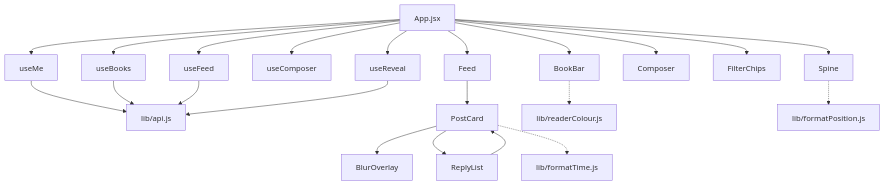
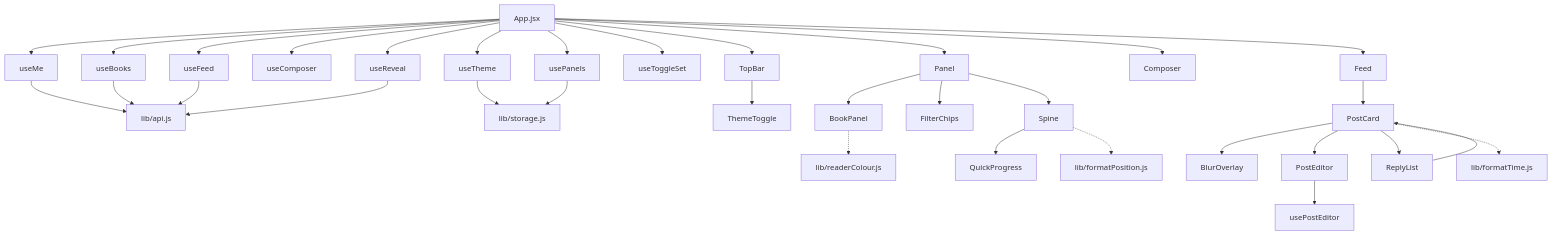
Before and after one commit to RohanRajendra/book-club-mini: the tenth of 10 diagrams in docs/architecture.md, drawn with Mermaid. The commit also changed other lines of this file and 32 other files, not shown here.

````diff
--- a/docs/architecture.md
+++ b/docs/architecture.md
@@ -501,27 +529,38 @@
 ```mermaid
 flowchart TD
     App["App.jsx"] --> useMe
     App --> useBooks
     App --> useFeed
     App --> useComposer
     App --> useReveal
+    App --> useTheme
+    App --> usePanels
+    App --> useToggleSet
 
     useMe --> api["lib/api.js"]
     useBooks --> api
     useFeed --> api
     useReveal --> api
+    useTheme --> store["lib/storage.js"]
+    usePanels --> store
 
-    App --> BookBar
-    App --> Spine
+    App --> TopBar
+    TopBar --> ThemeToggle
+    App --> Panel
+    Panel --> BookPanel
+    Panel --> FilterChips
+    Panel --> Spine
+    Spine --> QuickProgress
     App --> Composer
-    App --> FilterChips
     App --> Feed
     Feed --> PostCard
     PostCard --> BlurOverlay
+    PostCard --> PostEditor
     PostCard --> ReplyList
+    PostEditor --> usePostEditor
     ReplyList --> PostCard
 
-    BookBar -.-> colour["lib/readerColour.js"]
+    BookPanel -.-> colour["lib/readerColour.js"]
     Spine -.-> pos["lib/formatPosition.js"]
     PostCard -.-> time["lib/formatTime.js"]
 ```
````
